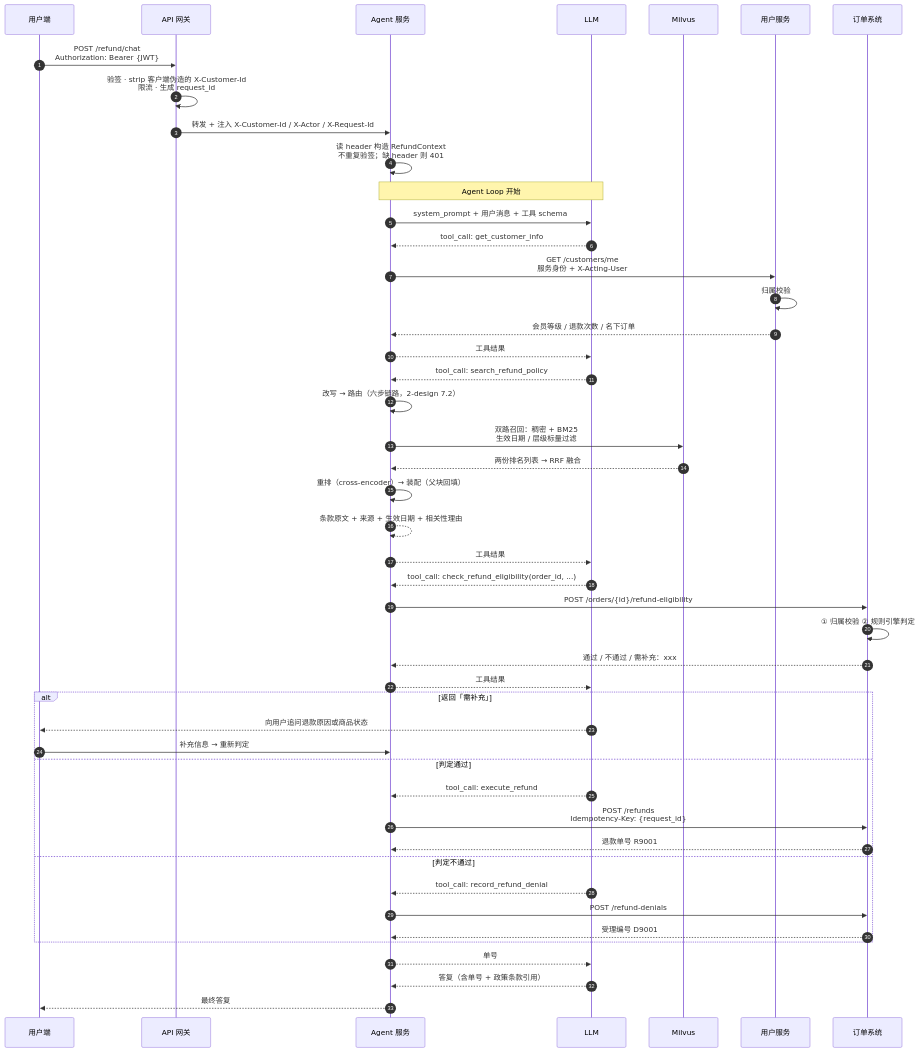
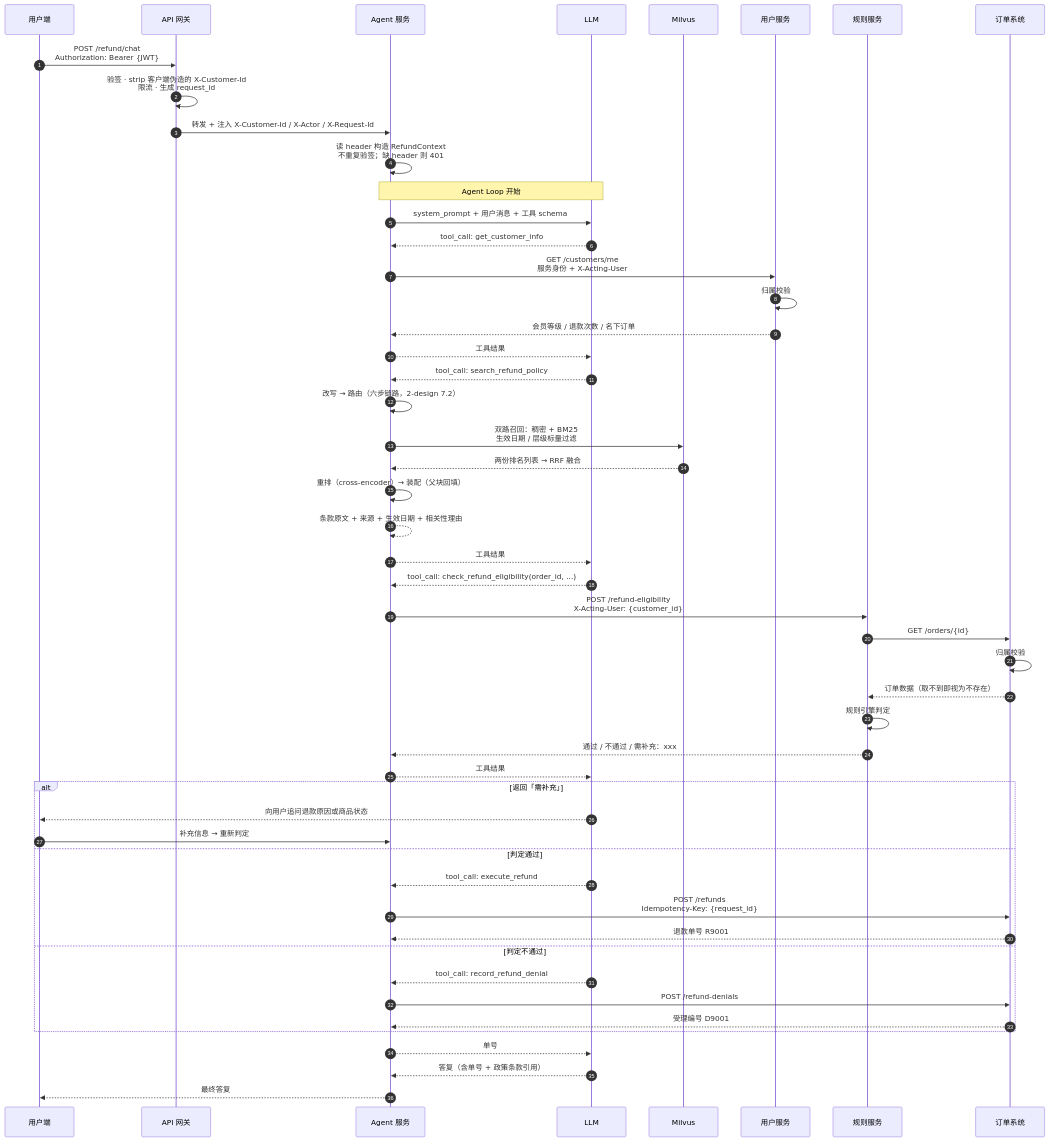
One commit to tiltwind/refund-agent changed the second of 2 diagrams in doc/get-start/1-architecture.md. Above: the diagram before and after it, drawn with Mermaid. The commit also changed other lines of this file and 15 other files, not shown here.

````diff
--- a/doc/get-start/1-architecture.md
+++ b/doc/get-start/1-architecture.md
@@ -104,57 +115,61 @@
 ```mermaid
 sequenceDiagram
     autonumber
     participant U as 用户端
     participant GW as API 网关
     participant AG as Agent 服务
     participant M as LLM
     participant KB as Milvus
     participant US as 用户服务
+    participant RL as 规则服务
     participant OD as 订单系统
 
     U->>GW: POST /refund/chat<br/>Authorization: Bearer {JWT}
     GW->>GW: 验签 · strip 客户端伪造的 X-Customer-Id<br/>限流 · 生成 request_id
     GW->>AG: 转发 + 注入 X-Customer-Id / X-Actor / X-Request-Id
     AG->>AG: 读 header 构造 RefundContext<br/>不重复验签；缺 header 则 401
 
     Note over AG,M: Agent Loop 开始
 
     AG->>M: system_prompt + 用户消息 + 工具 schema
     M-->>AG: tool_call: get_customer_info
 
     AG->>US: GET /customers/me<br/>服务身份 + X-Acting-User
     US->>US: 归属校验
     US-->>AG: 会员等级 / 退款次数 / 名下订单
     AG-->>M: 工具结果
 
     M-->>AG: tool_call: search_refund_policy
     AG->>AG: 改写 → 路由（六步链路，2-design 7.2）
     AG->>KB: 双路召回：稠密 + BM25<br/>生效日期 / 层级标量过滤
     KB-->>AG: 两份排名列表 → RRF 融合
     AG->>AG: 重排（cross-encoder）→ 装配（父块回填）
     AG-->>AG: 条款原文 + 来源 + 生效日期 + 相关性理由
     AG-->>M: 工具结果
 
     M-->>AG: tool_call: check_refund_eligibility(order_id, ...)
-    AG->>OD: POST /orders/{id}/refund-eligibility
-    OD->>OD: ① 归属校验 ② 规则引擎判定
-    OD-->>AG: 通过 / 不通过 / 需补充：xxx
+    AG->>RL: POST /refund-eligibility<br/>X-Acting-User: {customer_id}
+    RL->>OD: GET /orders/{id}
+    OD->>OD: 归属校验
+    OD-->>RL: 订单数据（取不到即视为不存在）
+    RL->>RL: 规则引擎判定
+    RL-->>AG: 通过 / 不通过 / 需补充：xxx
     AG-->>M: 工具结果
 
     alt 返回「需补充」
         M-->>U: 向用户追问退款原因或商品状态
         U->>AG: 补充信息 → 重新判定
     else 判定通过
         M-->>AG: tool_call: execute_refund
         AG->>OD: POST /refunds<br/>Idempotency-Key: {request_id}
         OD-->>AG: 退款单号 R9001
     else 判定不通过
         M-->>AG: tool_call: record_refund_denial
         AG->>OD: POST /refund-denials
         OD-->>AG: 受理编号 D9001
     end
 
     AG-->>M: 单号
     M-->>AG: 答复（含单号 + 政策条款引用）
     AG-->>U: 最终答复
 ```
````
